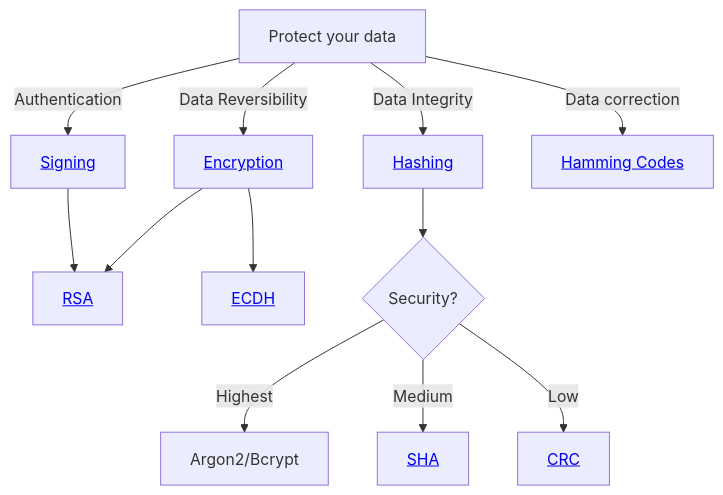
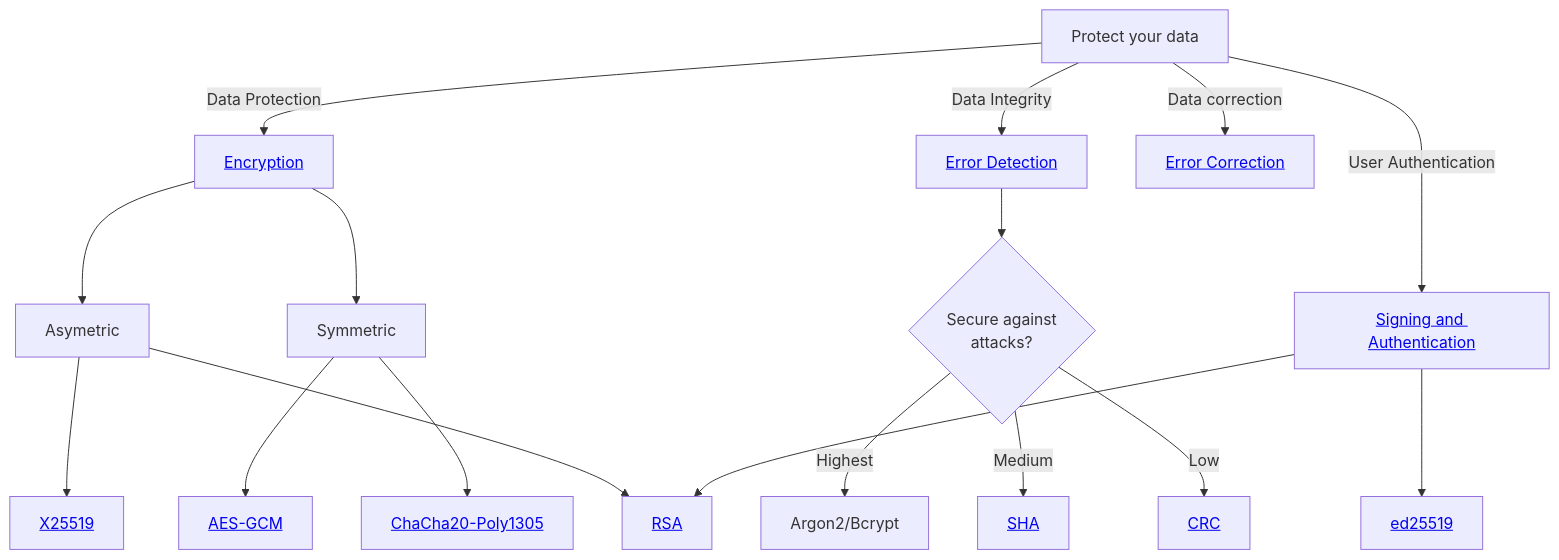
Before and after one commit to maneesh29s/digital-garden-notes: the diagram in Security/README.md, drawn with Mermaid. The commit also changed 4 other files, not shown here.

Commit message:
Update security mermaid chart

`````diff
--- a/Security/README.md
+++ b/Security/README.md
@@ -17,25 +17,45 @@
 ````mermaid
 flowchart TD
 
-A[Protect your data] -->|Data Reversibility| B["<a class='internal-link' href='./encryption'>Encryption</a>"]
+A[Protect your data] 
+B["<a class='internal-link' href='./encryption'>Encryption</a>"]
+C["<a class='internal-link ' href='./error_detection'>Error Detection</a>"]
+D["<a class='internal-link' href='./signature_authentication'>Signing and Authentication</a>"]
+E["<a class='internal-link' href='./rsa'>RSA</a>"]
+F["<a class='internal-link' href='./dh#ECDH'>X25519</a>"]
+H[Argon2/Bcrypt]
+I["<a class='internal-link' href='./sha'>SHA</a>"]
+J["<a class='internal-link' href='./crc'>CRC</a>"]
+L["<a class='internal-link' href='./dh#ECDSA'>ed25519</a>"]
+HC["<a class='internal-link' href='./error_correction'>Error Correction</a>"]
 
-A -->|Data Integrity| C["<a class='internal-link ' href='./hashing'>Hashing</a>"]
+SYM[Symmetric]
+ASYM[Asymetric]
+AES["<a class='internal-link' href='./aes'>AES-GCM</a>"]
+CHA["<a class='internal-link' href='./chacha'>ChaCha20-Poly1305</a>"]
 
-A -->|Authentication| D["<a class='internal-link' href='./signing'>Signing</a>"] --> E
+A -->|Data Protection| B
 
-A -->|Data correction| HC["<a class='internal-link' href='./error_correction'>Hamming Codes</a>"]
+A -->|Data Integrity| C
 
-B --> E["<a class='internal-link' href='./rsa'>RSA</a>"]
+A -->|User Authentication| D 
+D --> E
+D --> L
 
-B --> F["<a class='internal-link' href='./dh'>ECDH</a>"]
+A -->|Data correction| HC
 
-C --> G{Security?}
+B --> ASYM --> E
+ASYM --> F
+B --> SYM --> AES
+SYM --> CHA
 
-G -->|Highest| H[Argon2/Bcrypt]
+C --> G{Secure against<br> attacks?}
 
-G -->|Medium| I["<a class='internal-link' href='./sha'>SHA</a>"]
+G -->|Highest| H
 
-G -->|Low| J["<a class='internal-link' href='./crc'>CRC</a>"]
+G -->|Medium| I
+
+G -->|Low| J
 
 
 ````
`````
